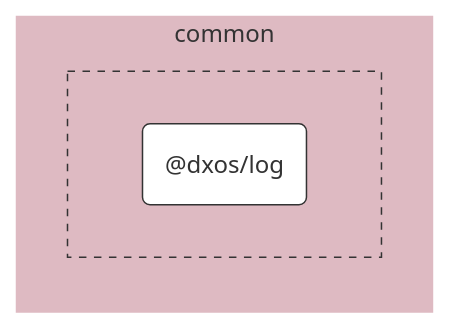
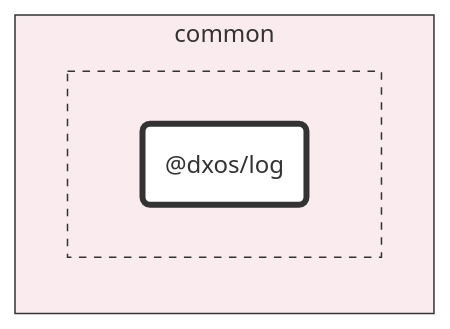
The diagram in packages/common/log/docs/README.md (dxos/dxos), drawn with Mermaid before and after one commit. The commit also changed 93 other files, not shown here.

First line of the commit message:
chore: hierarchical graphs. (#1583)

````diff
--- a/packages/common/log/docs/README.md
+++ b/packages/common/log/docs/README.md
@@ -7,24 +7,24 @@
 ```mermaid
 %%{ init: {'flowchart':{'curve':'basis'}} }%%
 
 flowchart LR
 
 %% Classes
 classDef def fill:#fff,stroke:#333,stroke-width:1px
 classDef root fill:#fff,stroke:#333,stroke-width:4px
 
 %% Nodes
 
 subgraph common [common]
-  style common fill:#debac2,stroke:#fff
+  style common fill:#faebee,stroke:#333
 
-  subgraph common-excluded [ ]
-    style common-excluded fill:#debac2,stroke:#333,stroke-dasharray:5 5
-    dxos/log("@dxos/log"):::def
+  subgraph _ [ ]
+    style _ fill:#faebee,stroke:#333,stroke-dasharray:5 5
+    dxos/log("@dxos/log"):::root
     click dxos/log "dxos/dxos/tree/main/packages/common/log/docs"
   end
 end
 
 %% Links
 linkStyle default stroke:#333,stroke-width:1px
 ```
````
